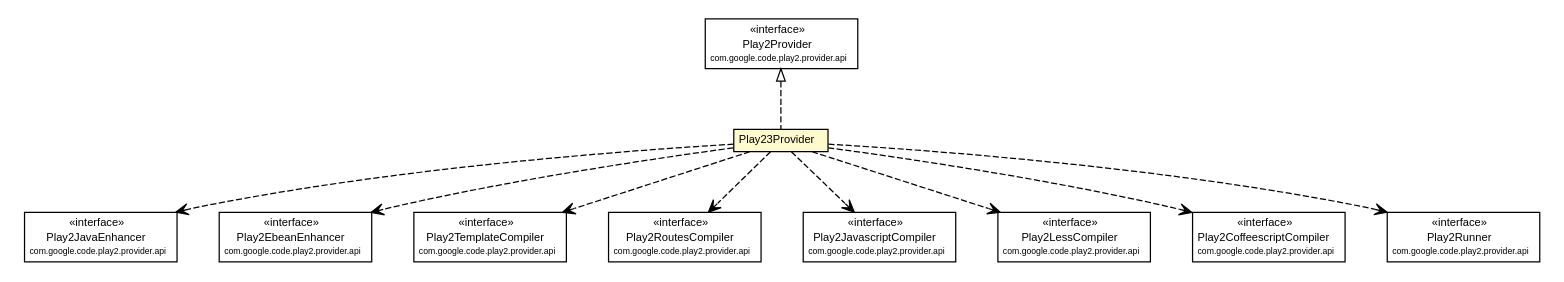
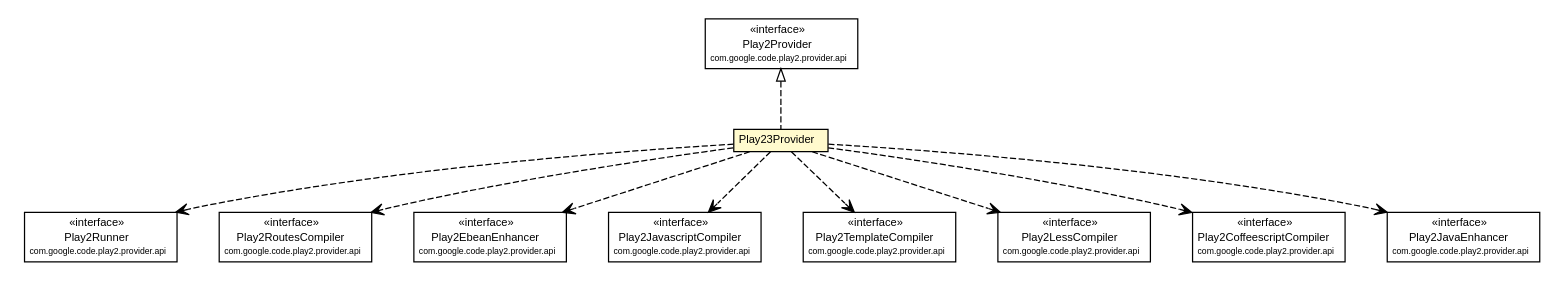
Before and after one commit to wouterhardeman/play2-maven-plugin: the diagram in mavensite/1.0.0-beta3/play2-providers/play2-provider-play23/apidocs/com/google/code/play2/provider/play23/Play23Provider.dot, drawn with Graphviz. The commit also changed 600 other files, not shown here.

```diff
--- a/mavensite/1.0.0-beta3/play2-providers/play2-provider-play23/apidocs/com/google/code/play2/provider/play23/Play23Provider.dot
+++ b/mavensite/1.0.0-beta3/play2-providers/play2-provider-play23/apidocs/com/google/code/play2/provider/play23/Play23Provider.dot
@@ -1,108 +1,108 @@
 #!/usr/local/bin/dot
 #
 # Class diagram 
 # Generated by UMLGraph version R5_6-24-gf6e263 (http://www.umlgraph.org/)
 #
 
 digraph G {
 	edge [fontname="arial",fontsize=10,labelfontname="arial",labelfontsize=10];
 	node [fontname="arial",fontsize=10,shape=plaintext];
 	nodesep=0.25;
 	ranksep=0.5;
 	// com.google.code.play2.provider.play23.Play23Provider
 	c189 [label=<<table title="com.google.code.play2.provider.play23.Play23Provider" border="0" cellborder="1" cellspacing="0" cellpadding="2" port="p" bgcolor="lemonChiffon" href="./Play23Provider.html">
 		<tr><td><table border="0" cellspacing="0" cellpadding="1">
 <tr><td align="center" balign="center"> Play23Provider </td></tr>
 		</table></td></tr>
 		</table>>, URL="./Play23Provider.html", fontname="arial", fontcolor="black", fontsize=9.0];
 	//com.google.code.play2.provider.play23.Play23Provider implements com.google.code.play2.provider.api.Play2Provider
 	c198:p -> c189:p [dir=back,arrowtail=empty,style=dashed];
-	// com.google.code.play2.provider.play23.Play23Provider DEPEND com.google.code.play2.provider.api.Play2JavaEnhancer
+	// com.google.code.play2.provider.play23.Play23Provider DEPEND com.google.code.play2.provider.api.Play2Runner
 	c189:p -> c199:p [taillabel="", label="", headlabel="", fontname="arial", fontcolor="black", fontsize=10.0, color="black", arrowhead=open, style=dashed];
+	// com.google.code.play2.provider.play23.Play23Provider DEPEND com.google.code.play2.provider.api.Play2RoutesCompiler
+	c189:p -> c200:p [taillabel="", label="", headlabel="", fontname="arial", fontcolor="black", fontsize=10.0, color="black", arrowhead=open, style=dashed];
 	// com.google.code.play2.provider.play23.Play23Provider DEPEND com.google.code.play2.provider.api.Play2EbeanEnhancer
-	c189:p -> c200:p [taillabel="", label="", headlabel="", fontname="arial", fontcolor="black", fontsize=10.0, color="black", arrowhead=open, style=dashed];
+	c189:p -> c201:p [taillabel="", label="", headlabel="", fontname="arial", fontcolor="black", fontsize=10.0, color="black", arrowhead=open, style=dashed];
+	// com.google.code.play2.provider.play23.Play23Provider DEPEND com.google.code.play2.provider.api.Play2JavascriptCompiler
+	c189:p -> c202:p [taillabel="", label="", headlabel="", fontname="arial", fontcolor="black", fontsize=10.0, color="black", arrowhead=open, style=dashed];
 	// com.google.code.play2.provider.play23.Play23Provider DEPEND com.google.code.play2.provider.api.Play2TemplateCompiler
-	c189:p -> c201:p [taillabel="", label="", headlabel="", fontname="arial", fontcolor="black", fontsize=10.0, color="black", arrowhead=open, style=dashed];
-	// com.google.code.play2.provider.play23.Play23Provider DEPEND com.google.code.play2.provider.api.Play2RoutesCompiler
-	c189:p -> c202:p [taillabel="", label="", headlabel="", fontname="arial", fontcolor="black", fontsize=10.0, color="black", arrowhead=open, style=dashed];
-	// com.google.code.play2.provider.play23.Play23Provider DEPEND com.google.code.play2.provider.api.Play2JavascriptCompiler
 	c189:p -> c203:p [taillabel="", label="", headlabel="", fontname="arial", fontcolor="black", fontsize=10.0, color="black", arrowhead=open, style=dashed];
 	// com.google.code.play2.provider.play23.Play23Provider DEPEND com.google.code.play2.provider.api.Play2LessCompiler
 	c189:p -> c204:p [taillabel="", label="", headlabel="", fontname="arial", fontcolor="black", fontsize=10.0, color="black", arrowhead=open, style=dashed];
 	// com.google.code.play2.provider.play23.Play23Provider DEPEND com.google.code.play2.provider.api.Play2CoffeescriptCompiler
 	c189:p -> c205:p [taillabel="", label="", headlabel="", fontname="arial", fontcolor="black", fontsize=10.0, color="black", arrowhead=open, style=dashed];
-	// com.google.code.play2.provider.play23.Play23Provider DEPEND com.google.code.play2.provider.api.Play2Runner
+	// com.google.code.play2.provider.play23.Play23Provider DEPEND com.google.code.play2.provider.api.Play2JavaEnhancer
 	c189:p -> c206:p [taillabel="", label="", headlabel="", fontname="arial", fontcolor="black", fontsize=10.0, color="black", arrowhead=open, style=dashed];
 	// com.google.code.play2.provider.api.Play2Provider
 	c198 [label=<<table title="com.google.code.play2.provider.api.Play2Provider" border="0" cellborder="1" cellspacing="0" cellpadding="2" port="p">
 		<tr><td><table border="0" cellspacing="0" cellpadding="1">
 <tr><td align="center" balign="center"> &#171;interface&#187; </td></tr>
 <tr><td align="center" balign="center"> Play2Provider </td></tr>
 <tr><td align="center" balign="center"><font point-size="7.0"> com.google.code.play2.provider.api </font></td></tr>
 		</table></td></tr>
 		</table>>, URL="null", fontname="arial", fontcolor="black", fontsize=9.0];
 	// com.google.code.play2.provider.api.Play2RoutesCompiler
-	c202 [label=<<table title="com.google.code.play2.provider.api.Play2RoutesCompiler" border="0" cellborder="1" cellspacing="0" cellpadding="2" port="p">
+	c200 [label=<<table title="com.google.code.play2.provider.api.Play2RoutesCompiler" border="0" cellborder="1" cellspacing="0" cellpadding="2" port="p">
 		<tr><td><table border="0" cellspacing="0" cellpadding="1">
 <tr><td align="center" balign="center"> &#171;interface&#187; </td></tr>
 <tr><td align="center" balign="center"> Play2RoutesCompiler </td></tr>
 <tr><td align="center" balign="center"><font point-size="7.0"> com.google.code.play2.provider.api </font></td></tr>
 		</table></td></tr>
 		</table>>, URL="null", fontname="arial", fontcolor="black", fontsize=9.0];
 	// com.google.code.play2.provider.api.Play2LessCompiler
 	c204 [label=<<table title="com.google.code.play2.provider.api.Play2LessCompiler" border="0" cellborder="1" cellspacing="0" cellpadding="2" port="p">
 		<tr><td><table border="0" cellspacing="0" cellpadding="1">
 <tr><td align="center" balign="center"> &#171;interface&#187; </td></tr>
 <tr><td align="center" balign="center"> Play2LessCompiler </td></tr>
 <tr><td align="center" balign="center"><font point-size="7.0"> com.google.code.play2.provider.api </font></td></tr>
 		</table></td></tr>
 		</table>>, URL="null", fontname="arial", fontcolor="black", fontsize=9.0];
 	// com.google.code.play2.provider.api.Play2TemplateCompiler
-	c201 [label=<<table title="com.google.code.play2.provider.api.Play2TemplateCompiler" border="0" cellborder="1" cellspacing="0" cellpadding="2" port="p">
+	c203 [label=<<table title="com.google.code.play2.provider.api.Play2TemplateCompiler" border="0" cellborder="1" cellspacing="0" cellpadding="2" port="p">
 		<tr><td><table border="0" cellspacing="0" cellpadding="1">
 <tr><td align="center" balign="center"> &#171;interface&#187; </td></tr>
 <tr><td align="center" balign="center"> Play2TemplateCompiler </td></tr>
 <tr><td align="center" balign="center"><font point-size="7.0"> com.google.code.play2.provider.api </font></td></tr>
 		</table></td></tr>
 		</table>>, URL="null", fontname="arial", fontcolor="black", fontsize=9.0];
 	// com.google.code.play2.provider.api.Play2CoffeescriptCompiler
 	c205 [label=<<table title="com.google.code.play2.provider.api.Play2CoffeescriptCompiler" border="0" cellborder="1" cellspacing="0" cellpadding="2" port="p">
 		<tr><td><table border="0" cellspacing="0" cellpadding="1">
 <tr><td align="center" balign="center"> &#171;interface&#187; </td></tr>
 <tr><td align="center" balign="center"> Play2CoffeescriptCompiler </td></tr>
 <tr><td align="center" balign="center"><font point-size="7.0"> com.google.code.play2.provider.api </font></td></tr>
 		</table></td></tr>
 		</table>>, URL="null", fontname="arial", fontcolor="black", fontsize=9.0];
 	// com.google.code.play2.provider.api.Play2EbeanEnhancer
-	c200 [label=<<table title="com.google.code.play2.provider.api.Play2EbeanEnhancer" border="0" cellborder="1" cellspacing="0" cellpadding="2" port="p">
+	c201 [label=<<table title="com.google.code.play2.provider.api.Play2EbeanEnhancer" border="0" cellborder="1" cellspacing="0" cellpadding="2" port="p">
 		<tr><td><table border="0" cellspacing="0" cellpadding="1">
 <tr><td align="center" balign="center"> &#171;interface&#187; </td></tr>
 <tr><td align="center" balign="center"> Play2EbeanEnhancer </td></tr>
 <tr><td align="center" balign="center"><font point-size="7.0"> com.google.code.play2.provider.api </font></td></tr>
 		</table></td></tr>
 		</table>>, URL="null", fontname="arial", fontcolor="black", fontsize=9.0];
 	// com.google.code.play2.provider.api.Play2JavascriptCompiler
-	c203 [label=<<table title="com.google.code.play2.provider.api.Play2JavascriptCompiler" border="0" cellborder="1" cellspacing="0" cellpadding="2" port="p">
+	c202 [label=<<table title="com.google.code.play2.provider.api.Play2JavascriptCompiler" border="0" cellborder="1" cellspacing="0" cellpadding="2" port="p">
 		<tr><td><table border="0" cellspacing="0" cellpadding="1">
 <tr><td align="center" balign="center"> &#171;interface&#187; </td></tr>
 <tr><td align="center" balign="center"> Play2JavascriptCompiler </td></tr>
 <tr><td align="center" balign="center"><font point-size="7.0"> com.google.code.play2.provider.api </font></td></tr>
 		</table></td></tr>
 		</table>>, URL="null", fontname="arial", fontcolor="black", fontsize=9.0];
 	// com.google.code.play2.provider.api.Play2JavaEnhancer
-	c199 [label=<<table title="com.google.code.play2.provider.api.Play2JavaEnhancer" border="0" cellborder="1" cellspacing="0" cellpadding="2" port="p">
+	c206 [label=<<table title="com.google.code.play2.provider.api.Play2JavaEnhancer" border="0" cellborder="1" cellspacing="0" cellpadding="2" port="p">
 		<tr><td><table border="0" cellspacing="0" cellpadding="1">
 <tr><td align="center" balign="center"> &#171;interface&#187; </td></tr>
 <tr><td align="center" balign="center"> Play2JavaEnhancer </td></tr>
 <tr><td align="center" balign="center"><font point-size="7.0"> com.google.code.play2.provider.api </font></td></tr>
 		</table></td></tr>
 		</table>>, URL="null", fontname="arial", fontcolor="black", fontsize=9.0];
 	// com.google.code.play2.provider.api.Play2Runner
-	c206 [label=<<table title="com.google.code.play2.provider.api.Play2Runner" border="0" cellborder="1" cellspacing="0" cellpadding="2" port="p">
+	c199 [label=<<table title="com.google.code.play2.provider.api.Play2Runner" border="0" cellborder="1" cellspacing="0" cellpadding="2" port="p">
 		<tr><td><table border="0" cellspacing="0" cellpadding="1">
 <tr><td align="center" balign="center"> &#171;interface&#187; </td></tr>
 <tr><td align="center" balign="center"> Play2Runner </td></tr>
 <tr><td align="center" balign="center"><font point-size="7.0"> com.google.code.play2.provider.api </font></td></tr>
 		</table></td></tr>
 		</table>>, URL="null", fontname="arial", fontcolor="black", fontsize=9.0];
 }
```
